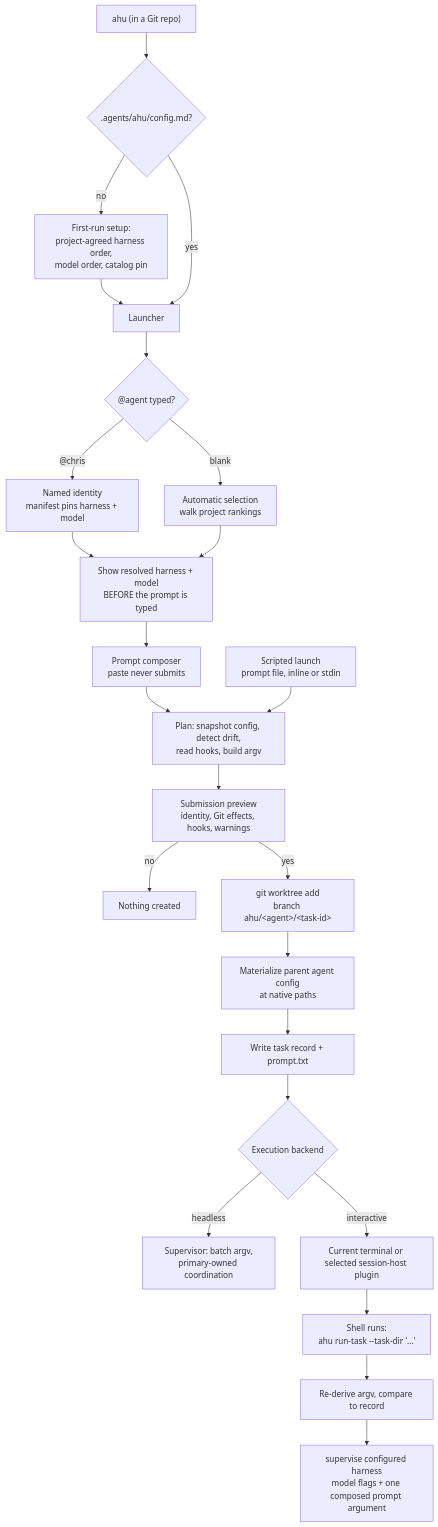
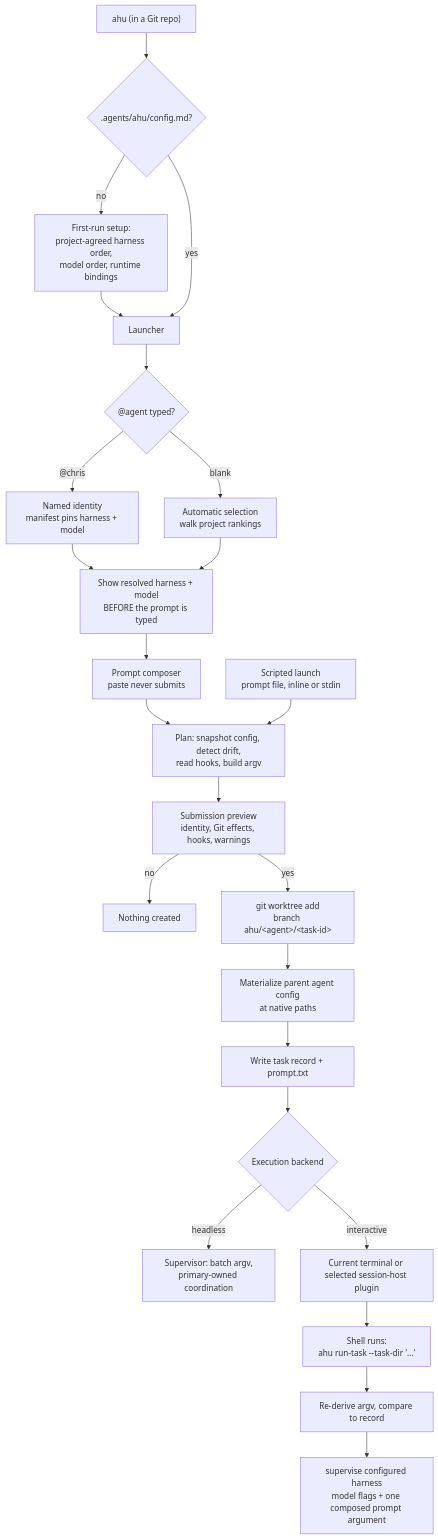
The first of 4 diagrams in .agents/skills/ahu-architecture/SKILL.md (moai-agent/ahu), drawn with Mermaid before and after one commit. The commit also changed other lines of this file and 3 other files, not shown here.

Commit message:
Clarify installed runtime architecture and activation documentation

````diff
--- a/.agents/skills/ahu-architecture/SKILL.md
+++ b/.agents/skills/ahu-architecture/SKILL.md
@@ -117,29 +117,29 @@
 ```mermaid
 flowchart TD
     A["ahu (in a Git repo)"] --> B{".agents/ahu/config.md?"}
-    B -- no --> C["First-run setup:<br/>project-agreed harness order,<br/>model order, catalog pin"]
+    B -- no --> C["First-run setup:<br/>project-agreed harness order,<br/>model order, runtime bindings"]
     C --> D
     B -- yes --> D["Launcher"]
 
     D --> E{"@agent typed?"}
     E -- "@chris" --> F["Named identity<br/>manifest pins harness + model"]
     E -- blank --> G["Automatic selection<br/>walk project rankings"]
     F --> H["Show resolved harness + model<br/>BEFORE the prompt is typed"]
     G --> H
 
     H --> I["Prompt composer<br/>paste never submits"]
     I --> J["Plan: snapshot config, detect drift,<br/>read hooks, build argv"]
     X["Scripted launch<br/>prompt file, inline or stdin"] --> J
     J --> K["Submission preview<br/>identity, Git effects, hooks, warnings"]
     K -- "no" --> L["Nothing created"]
     K -- "yes" --> M["git worktree add<br/>branch ahu/&lt;agent&gt;/&lt;task-id&gt;"]
 
     M --> N["Materialize parent agent config<br/>at native paths"]
     N --> O["Write task record + prompt.txt"]
     O --> U{"Execution backend"}
     U -- headless --> V["Supervisor: batch argv,<br/>primary-owned coordination"]
     U -- interactive --> P["Current terminal or selected session-host plugin"]
     P --> R["Shell runs:<br/>ahu run-task --task-dir '...'"]
     R --> S["Re-derive argv, compare to record"]
     S --> T["supervise configured harness<br/>model flags + one composed prompt argument"]
 ```
````
